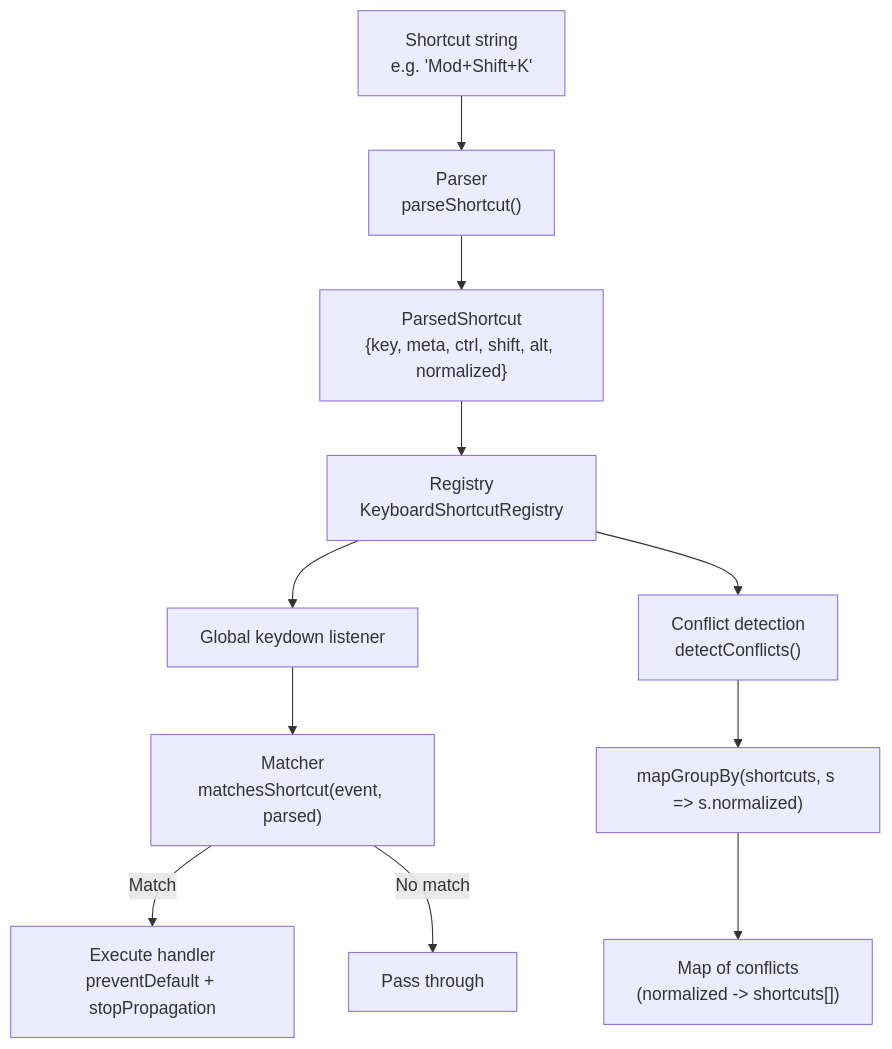
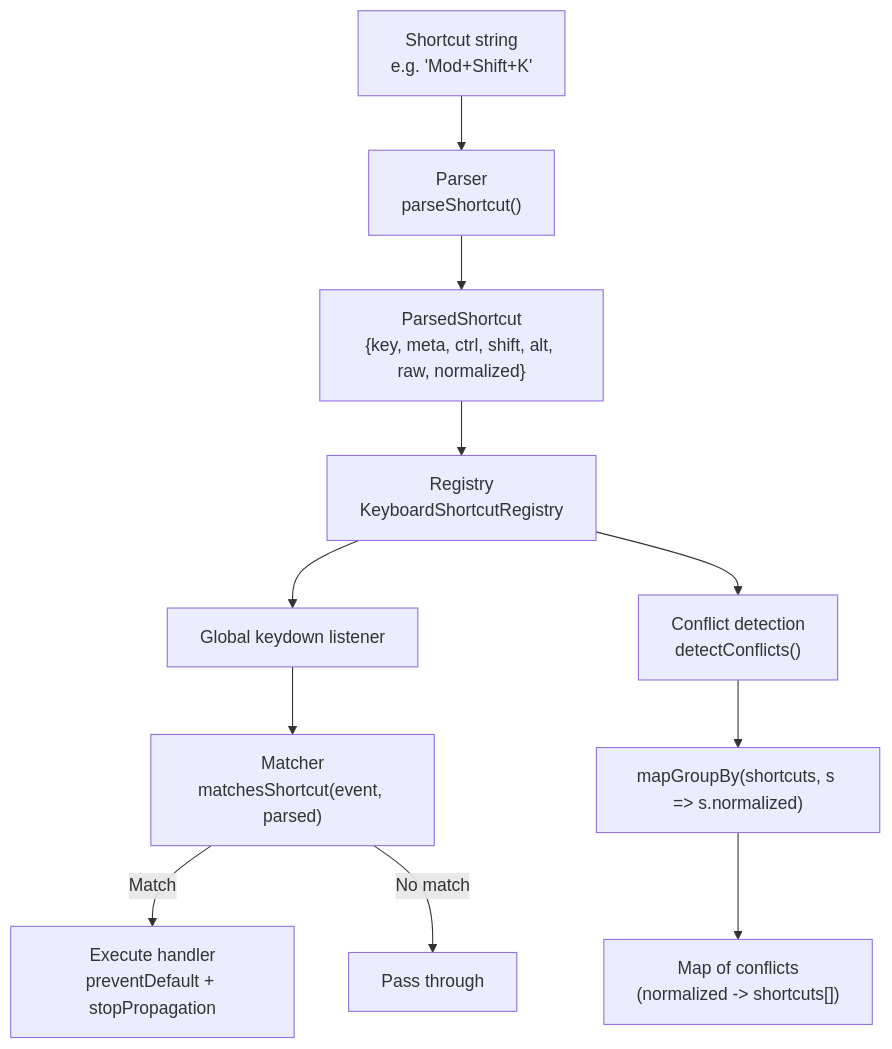
Before and after one commit to ABCrimson/modern-cmdk: the third of 5 diagrams in ARCHITECTURE.md, drawn with Mermaid. The commit also changed other lines of this file, not shown here.

First line of the commit message:
docs(architecture): ARCHITECTURE.md describes the code as built

````diff
--- a/ARCHITECTURE.md
+++ b/ARCHITECTURE.md
@@ -309,14 +341,14 @@
 ```mermaid
 flowchart TB
     A["Shortcut string<br/>e.g. 'Mod+Shift+K'"] --> B["Parser<br/>parseShortcut()"]
-    B --> C["ParsedShortcut<br/>{key, meta, ctrl, shift, alt, normalized}"]
+    B --> C["ParsedShortcut<br/>{key, meta, ctrl, shift, alt, raw, normalized}"]
     C --> D["Registry<br/>KeyboardShortcutRegistry"]
     D --> E["Global keydown listener"]
     E --> F["Matcher<br/>matchesShortcut(event, parsed)"]
     F -->|Match| G["Execute handler<br/>preventDefault + stopPropagation"]
     F -->|No match| H["Pass through"]
 
     D --> I["Conflict detection<br/>detectConflicts()"]
     I --> J["mapGroupBy(shortcuts, s => s.normalized)"]
     J --> K["Map of conflicts<br/>(normalized -> shortcuts[])"]
 ```
````
